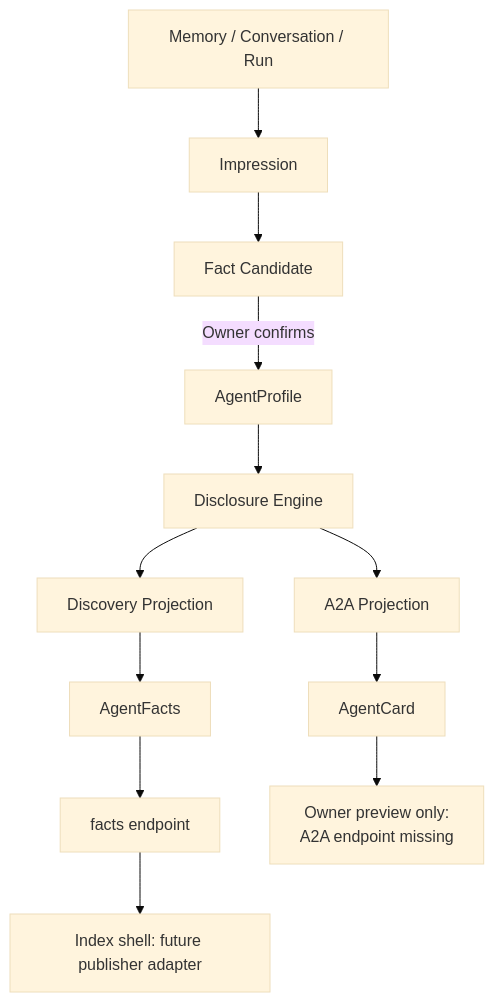
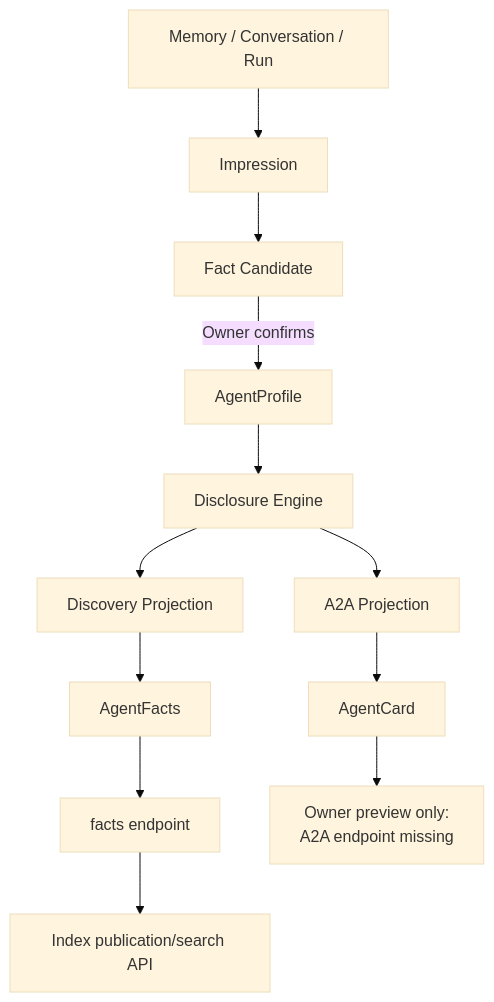
The diagram in docs/01-product/personal-agent-os-plan_cn.md (re35t/AegisLink), drawn with Mermaid (base theme) before and after one commit. The commit also changed other lines of this file and 48 other files, not shown here.

````diff
--- a/docs/01-product/personal-agent-os-plan_cn.md
+++ b/docs/01-product/personal-agent-os-plan_cn.md
@@ -244,14 +244,14 @@
 ```mermaid
 flowchart TD
     sources["Memory / Conversation / Run"] --> impression["Impression"]
     impression --> candidate["Fact Candidate"]
     candidate -->|"Owner confirms"| profile["AgentProfile"]
     profile --> disclosure["Disclosure Engine"]
     disclosure --> discovery["Discovery Projection"]
     disclosure --> a2a["A2A Projection"]
     discovery --> facts["AgentFacts"]
     a2a --> card["AgentCard"]
     facts --> factsEndpoint["facts endpoint"]
     card --> blocker["Owner preview only:<br/>A2A endpoint missing"]
-    factsEndpoint --> index["Index shell: future publisher adapter"]
+    factsEndpoint --> index["Index publication/search API"]
 ```
````
